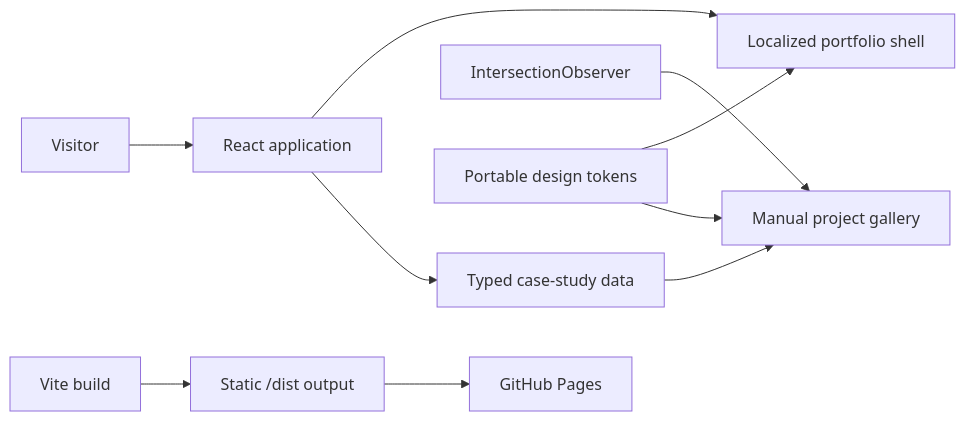
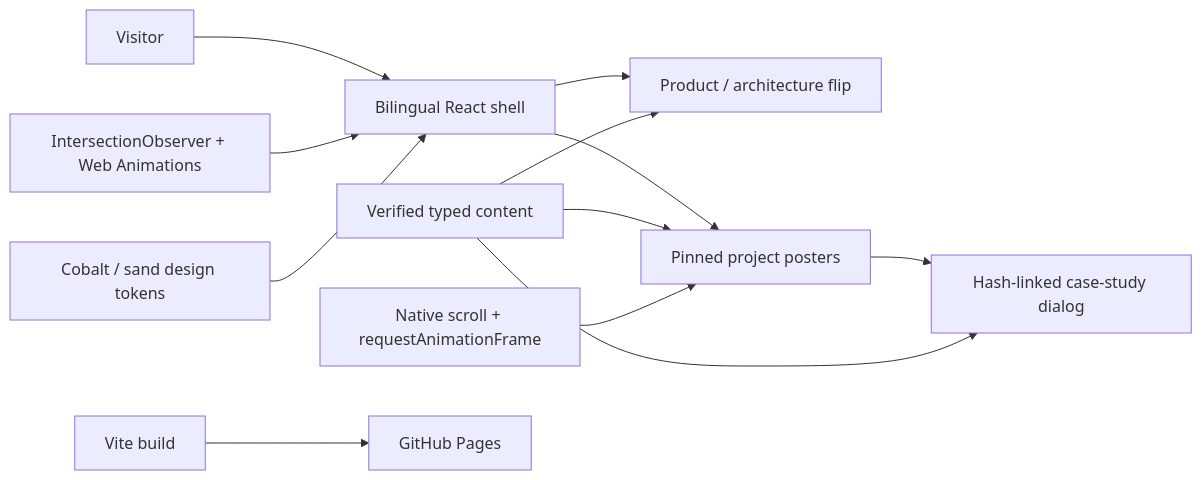
One commit to kevin0018/portfolio changed the diagram in README.md. Above: the diagram before and after it, drawn with Mermaid. The commit also changed other lines of this file and 17 other files, not shown here.

Commit message:
feat: redesign portfolio with Taste Skill kinetic posters

````diff
--- a/README.md
+++ b/README.md
@@ -37,12 +34,14 @@
 ```mermaid
 flowchart LR
-  visitor["Visitor"] --> app["React application"]
-  app --> shell["Localized portfolio shell"]
-  app --> cases["Typed case-study data"]
-  cases --> story["Manual project gallery"]
-  observer["IntersectionObserver"] --> story
-  tokens["Portable design tokens"] --> shell
-  tokens --> story
-  vite["Vite build"] --> dist["Static /dist output"]
-  dist --> pages["GitHub Pages"]
+  visitor["Visitor"] --> app["Bilingual React shell"]
+  app --> hero["Product / architecture flip"]
+  app --> work["Pinned project posters"]
+  work --> cases["Hash-linked case-study dialog"]
+  content["Verified typed content"] --> hero
+  content --> work
+  content --> cases
+  scroll["Native scroll + requestAnimationFrame"] --> work
+  observer["IntersectionObserver + Web Animations"] --> app
+  tokens["Cobalt / sand design tokens"] --> app
+  vite["Vite build"] --> pages["GitHub Pages"]
 ```
````
